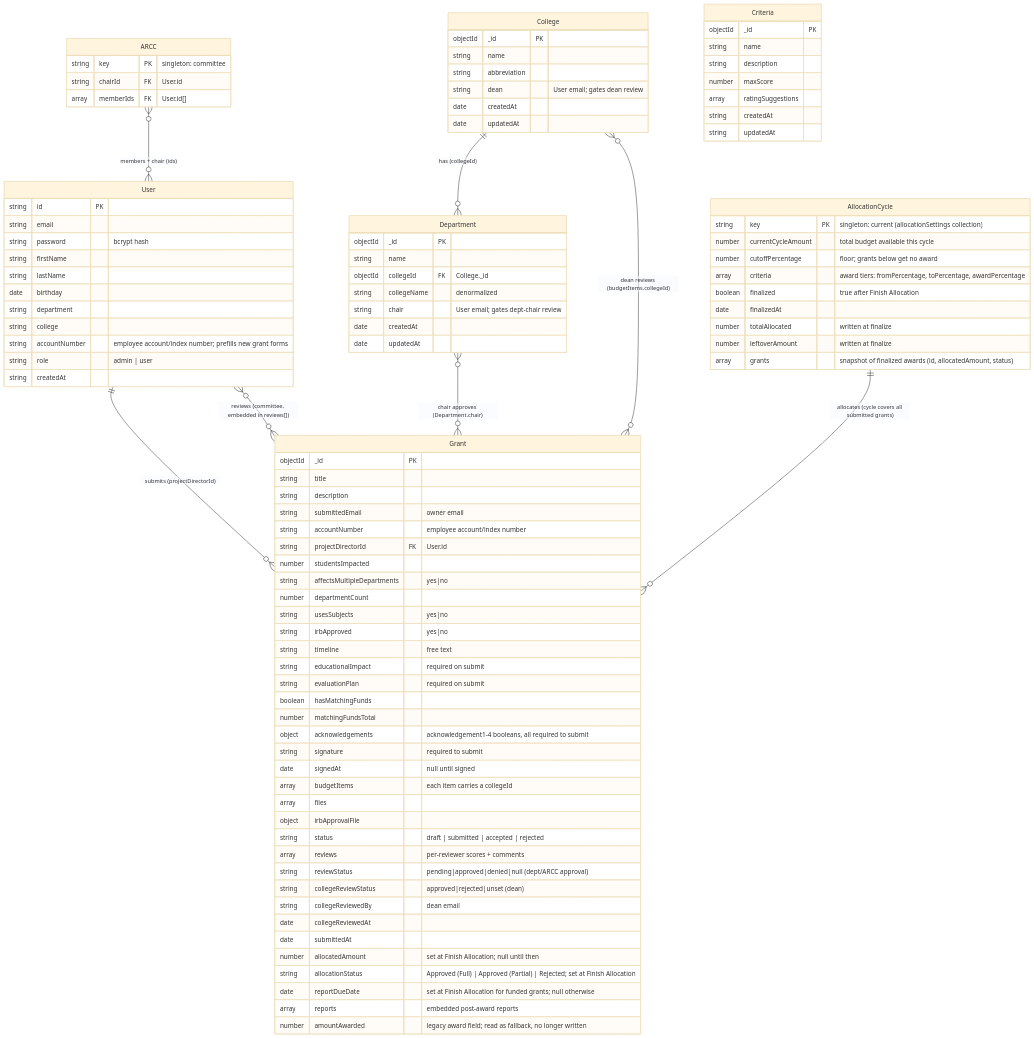
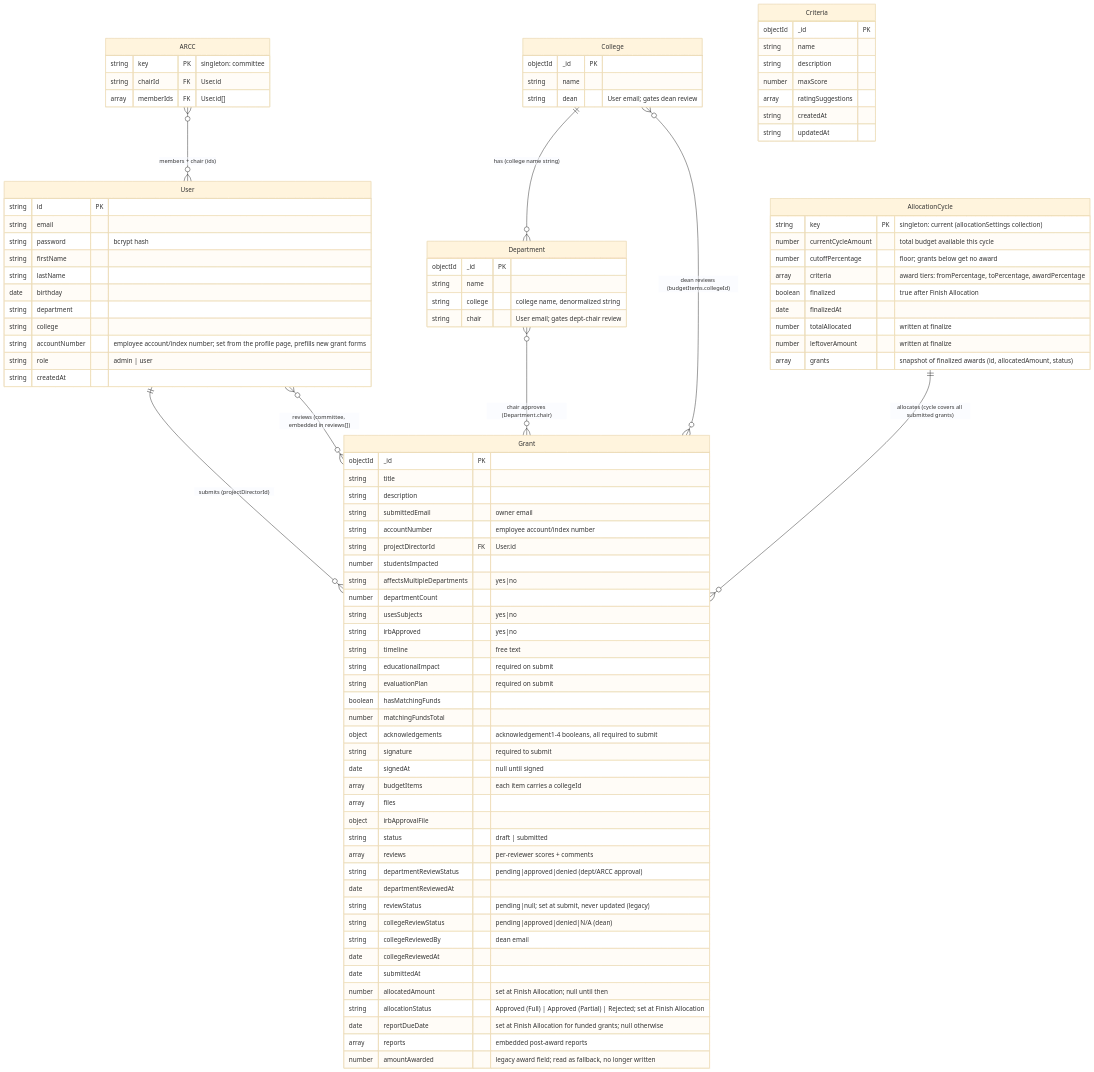
One commit to jayantiacharya/grant-management-system changed the diagram in docs/data-model.md. Above: the diagram before and after it, drawn with Mermaid (base theme). The commit also changed other lines of this file and 4 other files, not shown here.

```diff
--- a/docs/data-model.md
+++ b/docs/data-model.md
@@ -8,7 +8,7 @@
 erDiagram
     User ||--o{ Grant : "submits (projectDirectorId)"
     User }o--o{ Grant : "reviews (committee, embedded in reviews[])"
-    College ||--o{ Department : "has (collegeId)"
+    College ||--o{ Department : "has (college name string)"
     Department }o--o{ Grant : "chair approves (Department.chair)"
     College }o--o{ Grant : "dean reviews (budgetItems.collegeId)"
     ARCC }o--o{ User : "members + chair (ids)"
@@ -23,7 +23,7 @@
         date birthday
         string department
         string college
-        string accountNumber "employee account/index number; prefills new grant forms"
+        string accountNumber "employee account/index number; set from the profile page, prefills new grant forms"
         string role "admin | user"
         string createdAt
     }
@@ -51,10 +51,12 @@
         array budgetItems "each item carries a collegeId"
         array files
         object irbApprovalFile
-        string status "draft | submitted | accepted | rejected"
+        string status "draft | submitted"
         array reviews "per-reviewer scores + comments"
-        string reviewStatus "pending|approved|denied|null (dept/ARCC approval)"
-        string collegeReviewStatus "approved|rejected|unset (dean)"
+        string departmentReviewStatus "pending|approved|denied (dept/ARCC approval)"
+        date departmentReviewedAt
+        string reviewStatus "pending|null; set at submit, never updated (legacy)"
+        string collegeReviewStatus "pending|approved|denied|N/A (dean)"
         string collegeReviewedBy "dean email"
         date collegeReviewedAt
         date submittedAt
@@ -68,20 +70,14 @@
     College {
         objectId _id PK
         string name
-        string abbreviation
         string dean "User email; gates dean review"
-        date createdAt
-        date updatedAt
     }
 
     Department {
         objectId _id PK
         string name
-        objectId collegeId FK "College._id"
-        string collegeName "denormalized"
+        string college "college name, denormalized string"
         string chair "User email; gates dept-chair review"
-        date createdAt
-        date updatedAt
     }
 
     Criteria {
```
